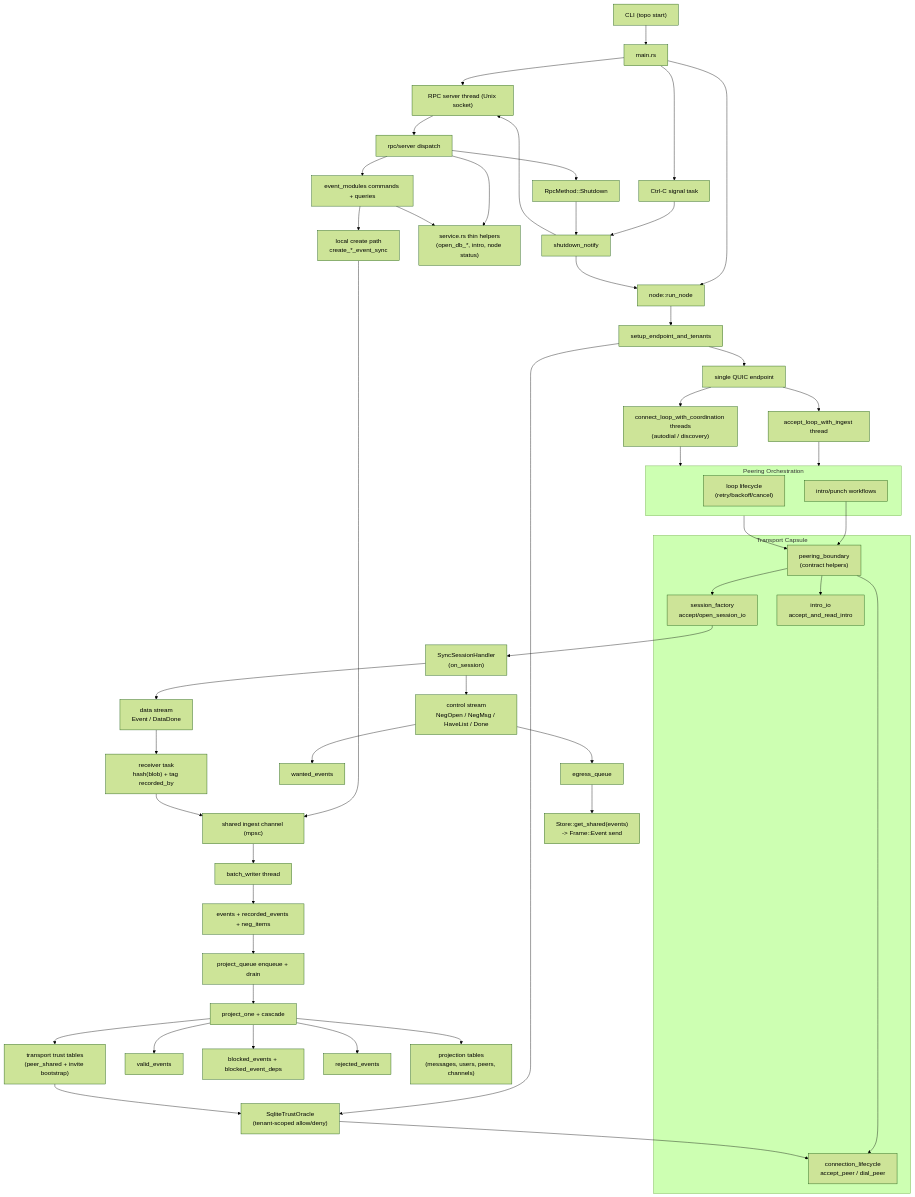
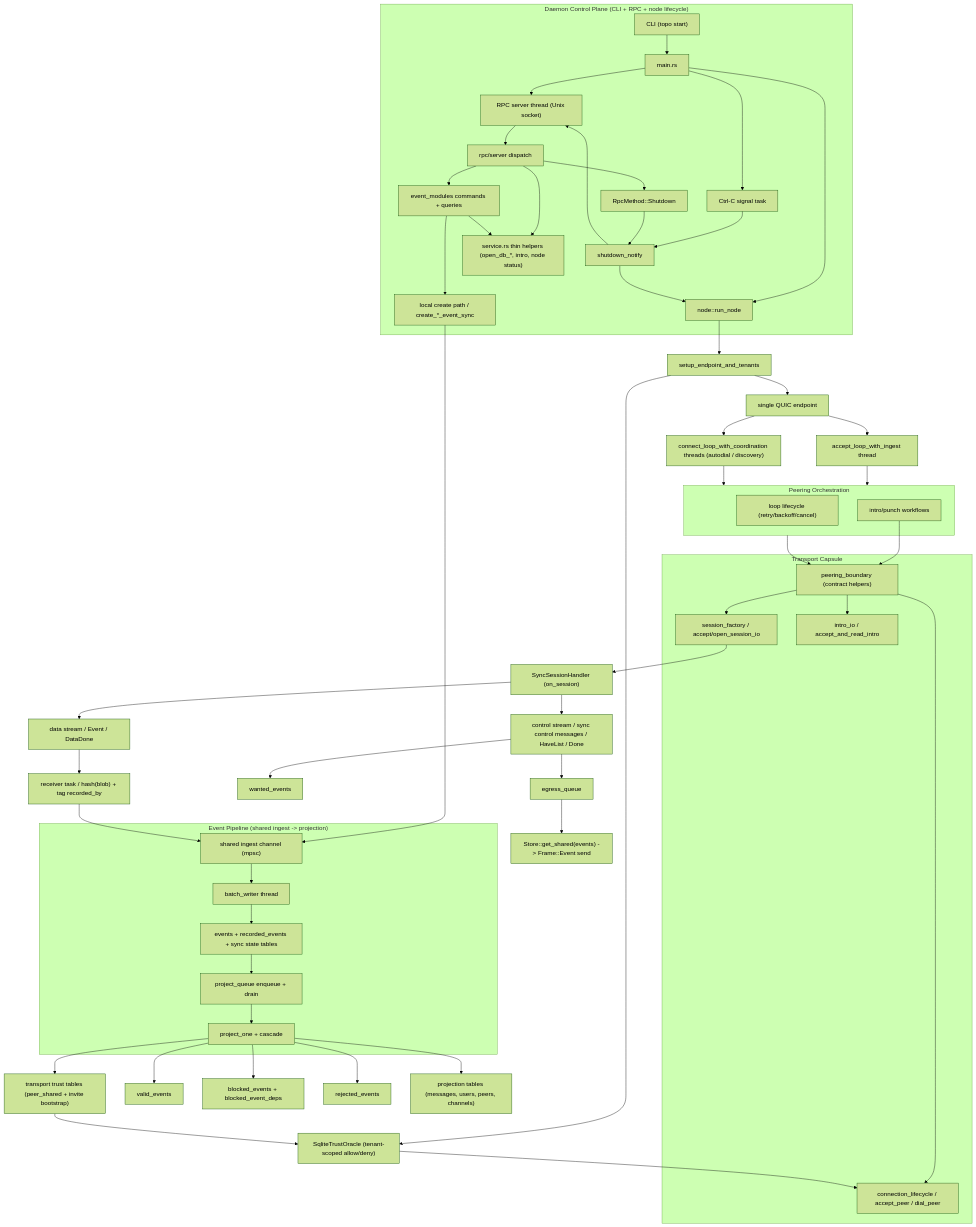
The fourth of 4 diagrams in docs/CURRENT_RUNTIME_DIAGRAM.md (holmesworcester/topo), drawn with Mermaid (forest theme) before and after one commit. The commit also changed other lines of this file, not shown here.

Commit message:
Add control-plane and event-pipeline boundaries to topology diagram

````diff
--- a/docs/CURRENT_RUNTIME_DIAGRAM.md
+++ b/docs/CURRENT_RUNTIME_DIAGRAM.md
@@ -119,73 +94,76 @@
 ```mermaid
 flowchart TD
-    CLI["CLI (topo start)"] --> MAIN["main.rs"]
-    MAIN --> RPC["RPC server thread (Unix socket)"]
-    MAIN --> NODE["node::run_node"]
-    MAIN --> SIG["Ctrl-C signal task"]
-    SIG --> SHUT_N["shutdown_notify"]
+    subgraph CTRL["Daemon Control Plane (CLI + RPC + node lifecycle)"]
+      CLI["CLI (topo start)"] --> MAIN["main.rs"]
+      MAIN --> RPC["RPC server thread (Unix socket)"]
+      MAIN --> NODE["node::run_node"]
+      MAIN --> SIG["Ctrl-C signal task"]
+      SIG --> SHUT_N["shutdown_notify"]
 
-    RPC --> DISPATCH["rpc/server dispatch"]
-    DISPATCH --> SHUT_REQ["RpcMethod::Shutdown"]
-    SHUT_REQ --> SHUT_N
-    DISPATCH --> EMQ["event_modules commands + queries"]
-    DISPATCH --> SVC["service.rs thin helpers\n(open_db_*, intro, node status)"]
-    EMQ --> SVC
-
-    EMQ --> LOCAL["local create path\ncreate_*_event_sync"]
-    LOCAL --> INGEST["shared ingest channel (mpsc)"]
+      RPC --> DISPATCH["rpc/server dispatch"]
+      DISPATCH --> SHUT_REQ["RpcMethod::Shutdown"]
+      SHUT_REQ --> SHUT_N
+      DISPATCH --> EMQ["event_modules commands + queries"]
+      DISPATCH --> SVC["service.rs thin helpers (open_db_*, intro, node status)"]
+      EMQ --> SVC
+      EMQ --> LOCAL["local create path / create_*_event_sync"]
+    end
 
     NODE --> START["setup_endpoint_and_tenants"]
     START --> EP["single QUIC endpoint"]
-    START --> TRUST["SqliteTrustOracle\n(tenant-scoped allow/deny)"]
+    START --> TRUST["SqliteTrustOracle (tenant-scoped allow/deny)"]
 
-    INGEST --> WRITER["batch_writer thread"]
-    WRITER --> STORE["events + recorded_events + neg_items"]
-    STORE --> PROJ_Q["project_queue enqueue + drain"]
-    PROJ_Q --> PROJ["project_one + cascade"]
+    subgraph PIPE["Event Pipeline (shared ingest -> projection)"]
+      LOCAL --> INGEST["shared ingest channel (mpsc)"]
+      INGEST --> WRITER["batch_writer thread"]
+      WRITER --> STORE["events + recorded_events + sync state tables"]
+      STORE --> PROJ_Q["project_queue enqueue + drain"]
+      PROJ_Q --> PROJ["project_one + cascade"]
+    end
 
     EP --> ACCEPT["accept_loop_with_ingest thread"]
-    EP --> CONNECT["connect_loop_with_coordination threads\n(autodial / discovery)"]
+    EP --> CONNECT["connect_loop_with_coordination threads (autodial / discovery)"]
 
     ACCEPT --> ORCH
     CONNECT --> ORCH
 
     subgraph ORCH["Peering Orchestration"]
-      CYCLE["loop lifecycle\n(retry/backoff/cancel)"]
+      CYCLE["loop lifecycle (retry/backoff/cancel)"]
       INTRO["intro/punch workflows"]
     end
 
     subgraph TRANS["Transport Capsule"]
-      BOUND["peering_boundary\n(contract helpers)"]
-      LIFE["connection_lifecycle\naccept_peer / dial_peer"]
-      FACT["session_factory\naccept/open_session_io"]
-      IIO["intro_io\naccept_and_read_intro"]
+      BOUND["peering_boundary (contract helpers)"]
+      LIFE["connection_lifecycle / accept_peer / dial_peer"]
+      FACT["session_factory / accept/open_session_io"]
+      IIO["intro_io / accept_and_read_intro"]
     end
 
     ORCH --> BOUND
     INTRO --> BOUND
     BOUND --> LIFE
     BOUND --> FACT
     BOUND --> IIO
 
-    FACT --> SYNC["SyncSessionHandler\n(on_session)"]
-    SYNC --> CTRL_STREAM["control stream\nNegOpen / NegMsg / HaveList / Done"]
-    SYNC --> DATA["data stream\nEvent / DataDone"]
+    FACT --> SYNC["SyncSessionHandler (on_session)"]
+    SYNC --> CTRL_STREAM["control stream / sync control messages / HaveList / Done"]
+    SYNC --> DATA["data stream / Event / DataDone"]
 
     CTRL_STREAM --> WANT["wanted_events"]
     CTRL_STREAM --> EGRESS["egress_queue"]
-    EGRESS --> SEND["Store::get_shared(events)\n-> Frame::Event send"]
+    EGRESS --> SEND["Store::get_shared(events) -> Frame::Event send"]
 
-    DATA --> RECV["receiver task\nhash(blob) + tag recorded_by"]
+    DATA --> RECV["receiver task / hash(blob) + tag recorded_by"]
     RECV --> INGEST
 
     PROJ --> VALID["valid_events"]
     PROJ --> BLOCKED["blocked_events + blocked_event_deps"]
     PROJ --> REJECTED["rejected_events"]
-    PROJ --> READS["projection tables\n(messages, users, peers, channels)"]
-    PROJ --> TRUST_DB["transport trust tables\n(peer_shared + invite bootstrap)"]
+    PROJ --> READS["projection tables (messages, users, peers, channels)"]
+    PROJ --> TRUST_DB["transport trust tables (peer_shared + invite bootstrap)"]
 
     TRUST_DB --> TRUST
     TRUST --> LIFE
     SHUT_N --> NODE
     SHUT_N --> RPC
 ```
````
